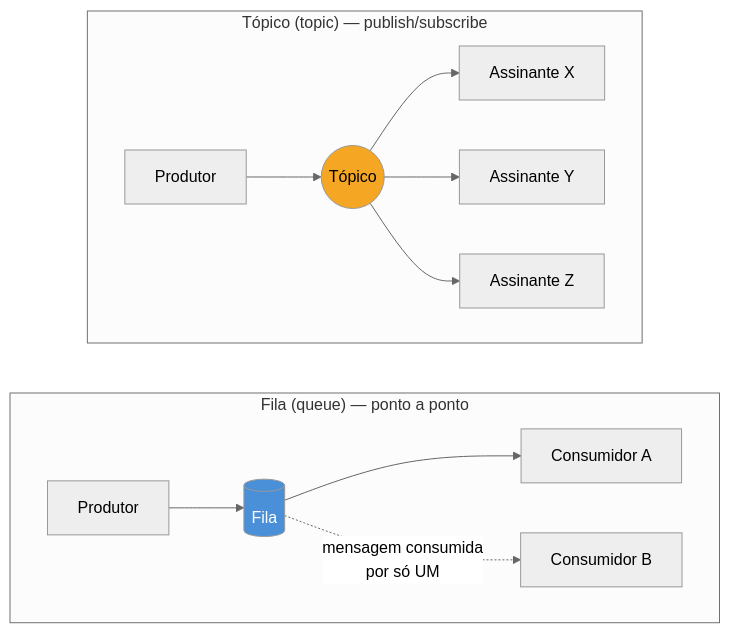
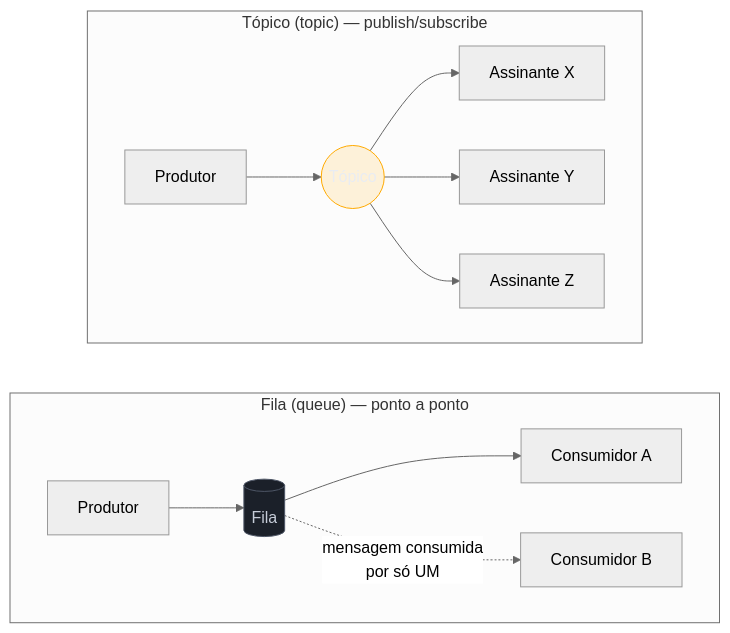
The third of 3 diagrams in 03-Dominios/Tecnologia/Go/13 - Mensageria/01 - Por que mensageria — desacoplamento.md (josenaldo/codex-technomanticus), drawn with Mermaid (neutral theme) before and after one commit. The commit also changed 1181 other files, not shown here.

First line of the commit message:
fix(diagramas): paleta do sistema no lugar de cor cravada no markdown

````diff
--- a/03-Dominios/Tecnologia/Go/13 - Mensageria/01 - Por que mensageria — desacoplamento.md
+++ b/03-Dominios/Tecnologia/Go/13 - Mensageria/01 - Por que mensageria — desacoplamento.md
@@ -109,20 +109,22 @@
 ```mermaid
 flowchart LR
+    classDef neutro fill:#1B2029,stroke:#4E5666,color:#C6CCD8
+    classDef destaque fill:#FFAA0024,stroke:#FFAA00,color:#E9ECF2
     subgraph Fila["Fila (queue) — ponto a ponto"]
         direction LR
         P1["Produtor"] --> Q1[("Fila")]
         Q1 --> C1["Consumidor A"]
         Q1 -.->|"mensagem consumida\npor só UM"| C2["Consumidor B"]
     end
 
     subgraph Topico["Tópico (topic) — publish/subscribe"]
         direction LR
         P2["Produtor"] --> T1(("Tópico"))
         T1 --> S1["Assinante X"]
         T1 --> S2["Assinante Y"]
         T1 --> S3["Assinante Z"]
     end
 
-    style Q1 fill:#4A90D9,color:#fff
-    style T1 fill:#F5A623,color:#000
+    class Q1 neutro
+    class T1 destaque
 ```
````
